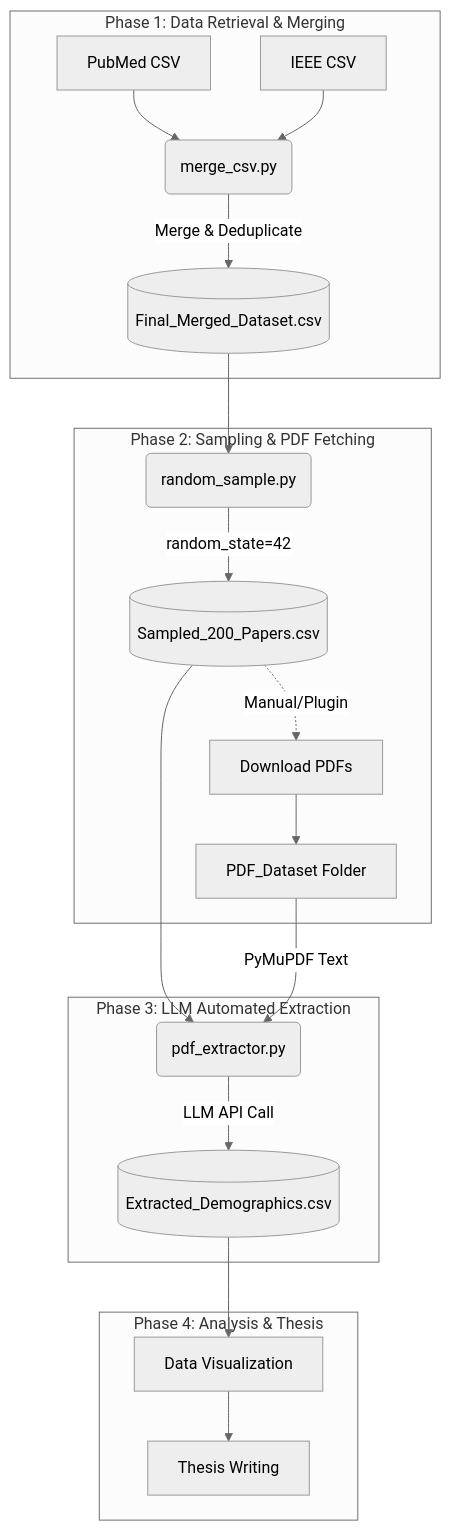
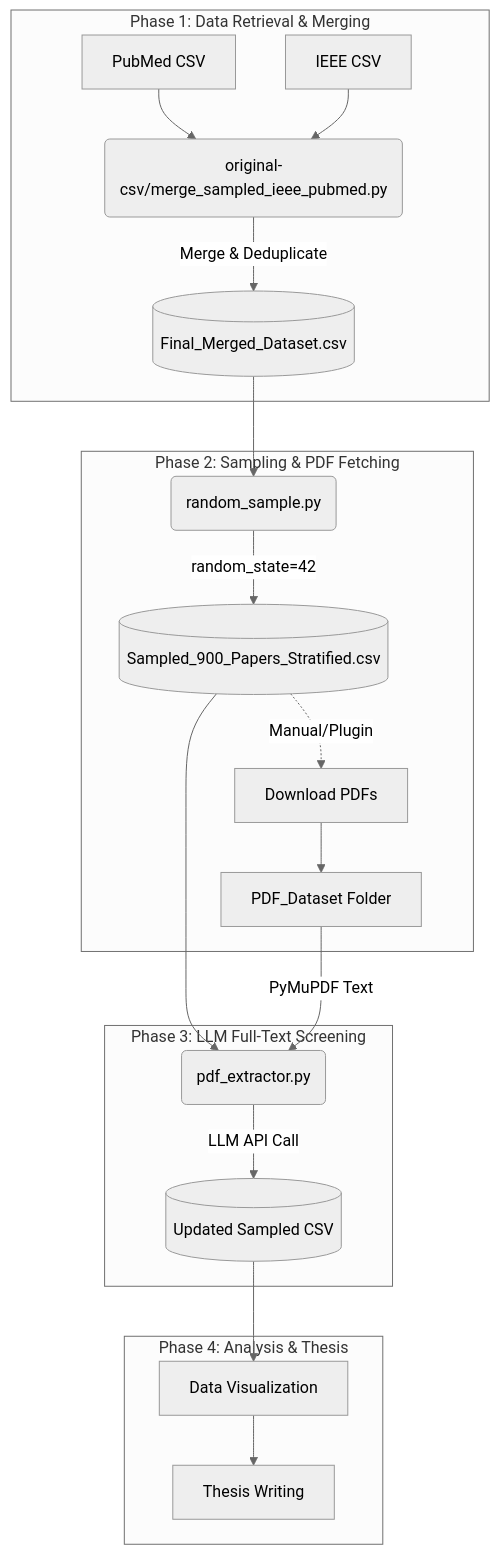
Before and after one commit to AMSTERLI/EMG-review: the diagram in readme.md, drawn with Mermaid (neutral theme). The commit also changed other lines of this file and 7 other files, not shown here.

````diff
--- a/readme.md
+++ b/readme.md
@@ -8,26 +8,26 @@
 ```mermaid
 graph TD
     subgraph phase1 ["Phase 1: Data Retrieval & Merging"]
-        A1[PubMed CSV] --> B(merge_csv.py)
+        A1[PubMed CSV] --> B(original-csv/merge_sampled_ieee_pubmed.py)
         A2[IEEE CSV] --> B
         B -->|Merge & Deduplicate| C[(Final_Merged_Dataset.csv)]
     end
 
     subgraph phase2 ["Phase 2: Sampling & PDF Fetching"]
         C --> D(random_sample.py)
-        D -->|random_state=42| E[(Sampled_200_Papers.csv)]
+        D -->|random_state=42| E[(Sampled_900_Papers_Stratified.csv)]
         E -.->|Manual/Plugin| F[Download PDFs]
         F --> G[PDF_Dataset Folder]
     end
 
-    subgraph phase3 ["Phase 3: LLM Automated Extraction"]
+    subgraph phase3 ["Phase 3: LLM Full-Text Screening"]
         E --> H(pdf_extractor.py)
         G -->|PyMuPDF Text| H
-        H -->|LLM API Call| I[(Extracted_Demographics.csv)]
+        H -->|LLM API Call| I[(Updated Sampled CSV)]
     end
 
     subgraph phase4 ["Phase 4: Analysis & Thesis"]
         I --> J[Data Visualization]
         J --> K[Thesis Writing]
     end
 ```
````
